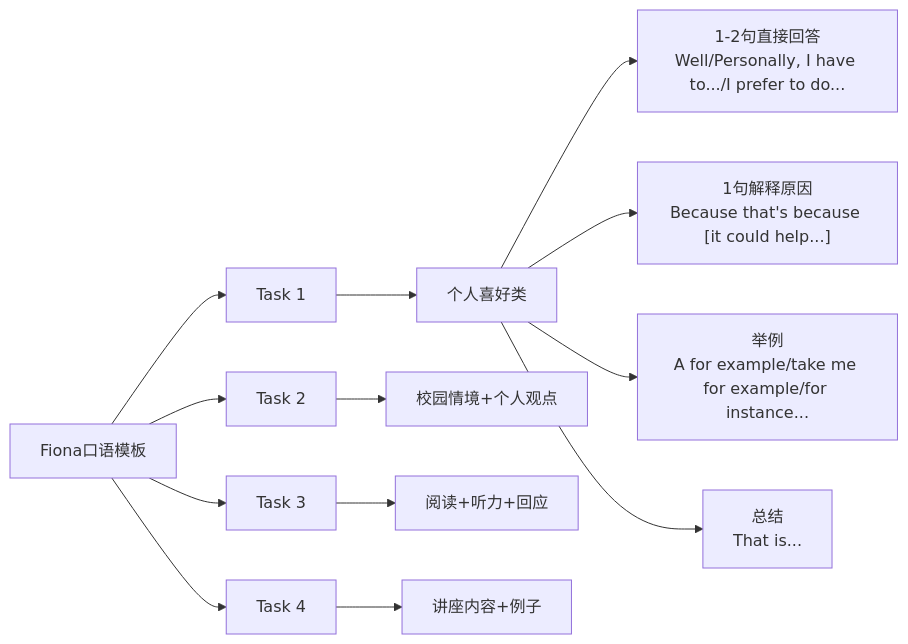
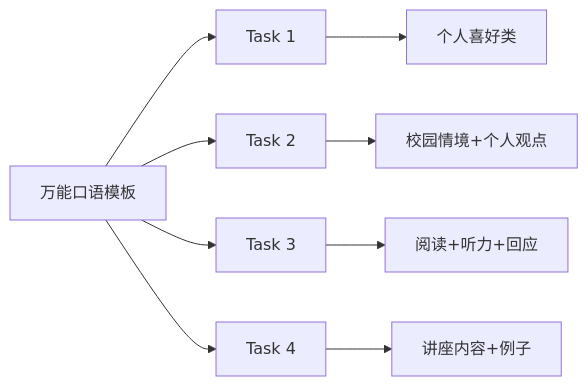
Before and after one commit to Moita2025/moita2025.github.io: the diagram in docs/Languages/TOEFL_iBT/Speaking/GeneralTemplate.md, drawn with Mermaid. The commit also changed 4 other files, not shown here.

````diff
--- a/docs/Languages/TOEFL_iBT/Speaking/GeneralTemplate.md
+++ b/docs/Languages/TOEFL_iBT/Speaking/GeneralTemplate.md
@@ -9,17 +9,12 @@
 ```mermaid
 graph LR
-    A[Fiona口语模板] --> B[Task 1]
+    A[万能口语模板] --> B[Task 1]
     A --> C[Task 2]
     A --> D[Task 3]
     A --> E[Task 4]
     
     B --> B1[个人喜好类]
     C --> C1[校园情境+个人观点]
     D --> D1[阅读+听力+回应]
     E --> E1[讲座内容+例子]
-    
-    B1 --> Z1["1-2句直接回答<br>Well/Personally, I have to.../I prefer to do..."]
-    B1 --> Z2["1句解释原因<br>Because that's because [it could help...]"]
-    B1 --> Z3["举例<br>A for example/take me for example/for instance..."]
-    B1 --> Z4["总结<br>That is..."]
 ```
````
